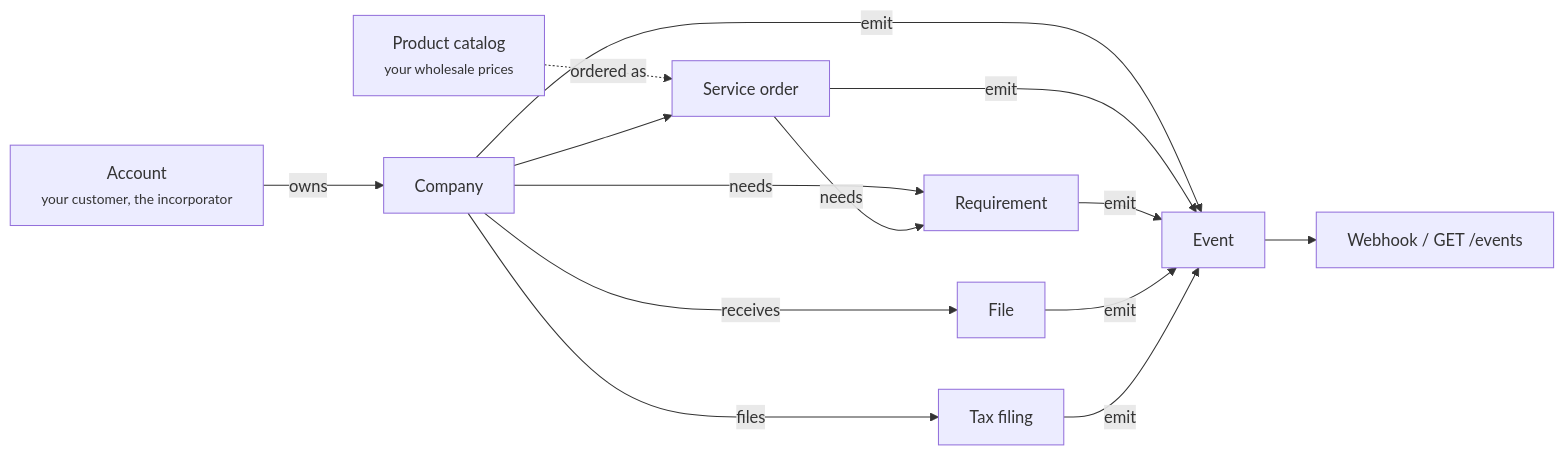
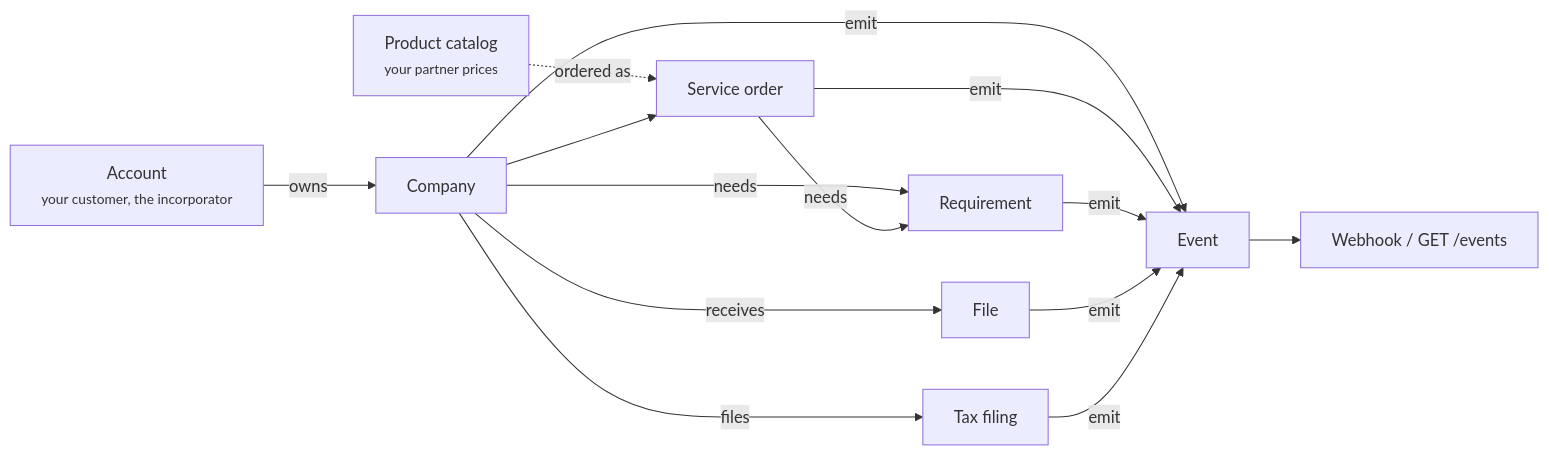
One commit to Clemta/docs changed the first of 2 diagrams in partner/concepts.mdx. Above: the diagram before and after it, drawn with Mermaid. The commit also changed other lines of this file and 9 other files, not shown here.

First line of the commit message:
docs: describe partner prices without the wholesale name

````diff
--- a/partner/concepts.mdx
+++ b/partner/concepts.mdx
@@ -14,11 +14,11 @@
 ```mermaid
 flowchart LR
   A[Account<br/><small>your customer, the incorporator</small>] -->|owns| C[Company]
-  P[Product catalog<br/><small>your wholesale prices</small>] -.->|ordered as| S[Service order]
+  P[Product catalog<br/><small>your partner prices</small>] -.->|ordered as| S[Service order]
   C --> S
   C -->|files| TF[Tax filing]
   C -->|needs| R[Requirement]
   S -->|needs| R
   C -->|receives| F[File]
   C & S & R & F & TF -->|emit| E[Event] --> W[Webhook / GET /events]
 ```
````
